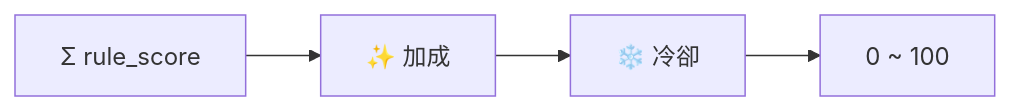
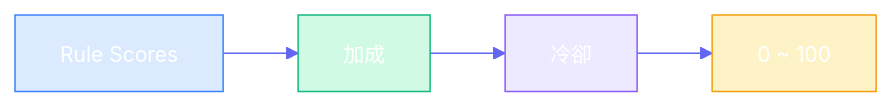
The third of 3 diagrams in docs/RULE_ENGINE.md (Neal75418/afterclose), drawn with Mermaid before and after one commit. The commit also changed other lines of this file and 4 other files, not shown here.

First line of the commit message:
docs: unify markdown style with professional Mermaid diagrams

````diff
--- a/docs/RULE_ENGINE.md
+++ b/docs/RULE_ENGINE.md
@@ -172,6 +179,12 @@
 ```mermaid
+%%{init: {'theme': 'base', 'themeVariables': {'primaryColor': '#4F46E5', 'primaryTextColor': '#fff', 'primaryBorderColor': '#3730A3', 'lineColor': '#6366F1', 'fontSize': '14px'}}}%%
 flowchart LR
-    Rules["Σ rule_score"] --> Bonus["✨ 加成"]
-    Bonus --> Cooldown["❄️ 冷卻"]
+    Rules["Rule Scores"] --> Bonus["加成"]
+    Bonus --> Cooldown["冷卻"]
     Cooldown --> Cap["0 ~ 100"]
+
+    style Rules fill:#DBEAFE,stroke:#3B82F6
+    style Bonus fill:#D1FAE5,stroke:#10B981
+    style Cooldown fill:#EDE9FE,stroke:#8B5CF6
+    style Cap fill:#FEF3C7,stroke:#F59E0B
 ```
````
